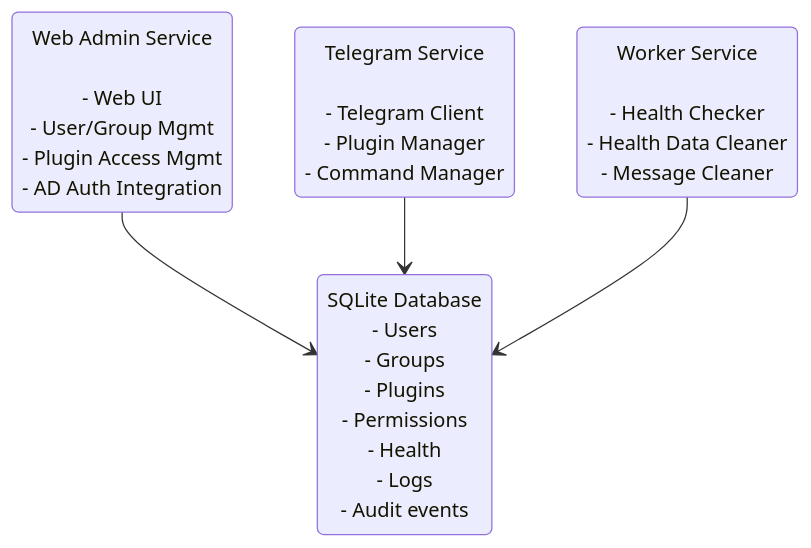
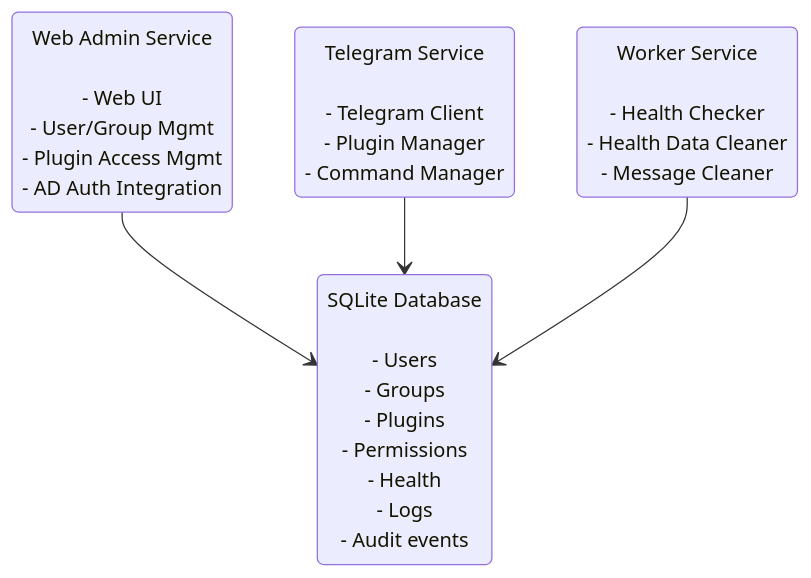
Before and after one commit to infrabot-io/infrabot: the diagram in README.md, drawn with Mermaid. The commit also changed other lines of this file and 13 other files, not shown here.

````diff
--- a/README.md
+++ b/README.md
@@ -78,27 +78,27 @@
 ```mermaid
 stateDiagram-v2
     state "Web Admin Service <br>
     - Web UI
     - User/Group Mgmt
     - Plugin Access Mgmt
     - AD Auth Integration" as s1
     state "Telegram Service <br>
     - Telegram Client
     - Plugin Manager 
     - Command Manager" as s2
     state "Worker Service  <br>
     - Health Checker
     - Health Data Cleaner
     - Message Cleaner" as s3
-    state "SQLite Database
+    state "SQLite Database <br>
     - Users
     - Groups
     - Plugins
     - Permissions
     - Health
     - Logs
     - Audit events" as s4
     s1 --> s4
     s2 --> s4
     s3 --> s4
 ```
````
